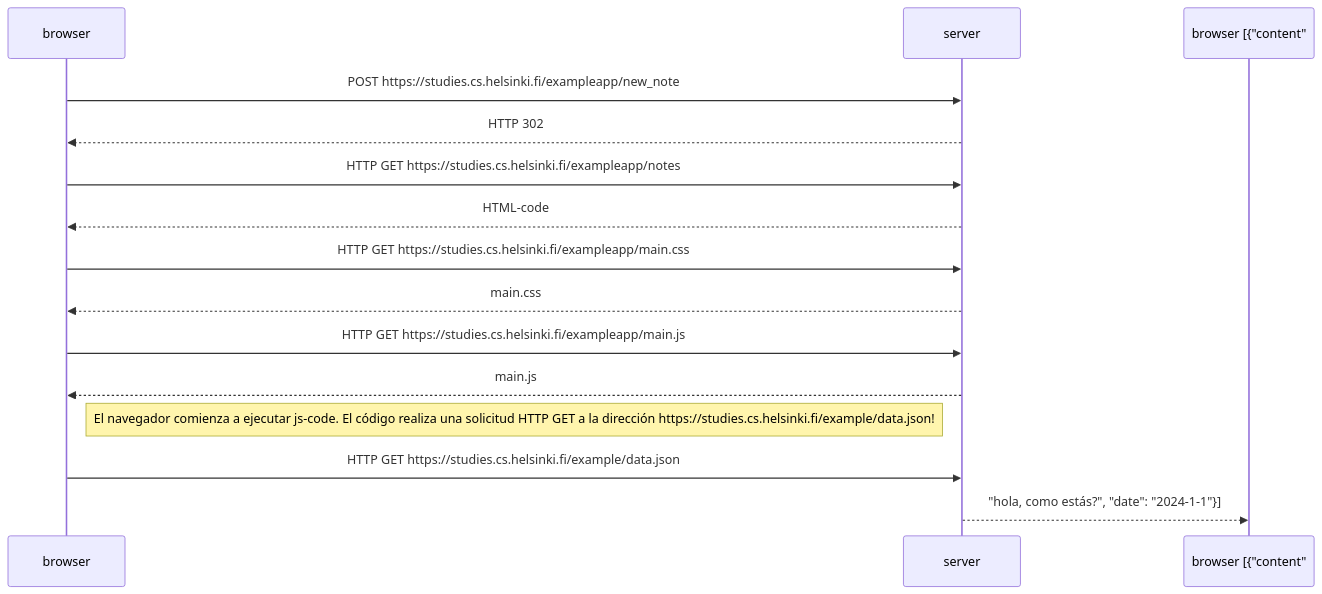
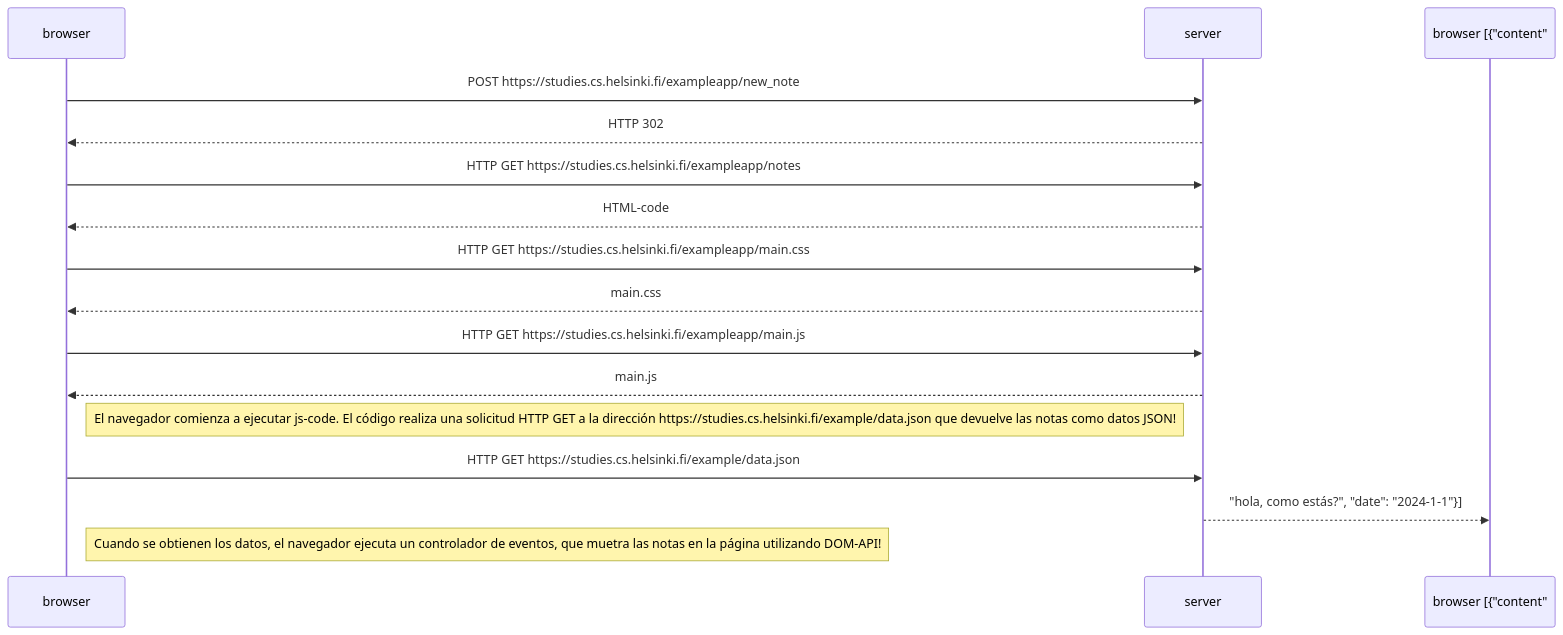
The diagram in README.md (gastonracing98/part0), drawn with Mermaid before and after one commit.

````diff
--- a/README.md
+++ b/README.md
@@ -3,21 +3,21 @@
 ```mermaid
 sequenceDiagram
 browser->>server: POST https://studies.cs.helsinki.fi/exampleapp/new_note
 server-->>browser: HTTP 302
 
 browser->>server: HTTP GET https://studies.cs.helsinki.fi/exampleapp/notes
 server-->>browser: HTML-code
 
 browser->>server: HTTP GET https://studies.cs.helsinki.fi/exampleapp/main.css
 server-->>browser: main.css
 
 browser->>server: HTTP GET https://studies.cs.helsinki.fi/exampleapp/main.js
 server-->>browser: main.js
 
-Note right of browser: El navegador comienza a ejecutar js-code. El código realiza una solicitud HTTP GET a la dirección https://studies.cs.helsinki.fi/example/data.json!
+Note right of browser: El navegador comienza a ejecutar js-code. El código realiza una solicitud HTTP GET a la dirección https://studies.cs.helsinki.fi/example/data.json que devuelve las notas como datos JSON!
 
 browser->>server: HTTP GET https://studies.cs.helsinki.fi/example/data.json
 server-->>browser [{"content":"hola, como estás?", "date": "2024-1-1"}]
 
-
+Note right of browser: Cuando se obtienen los datos, el navegador ejecuta un controlador de eventos, que muetra las notas en la página utilizando DOM-API!
 ```
````
